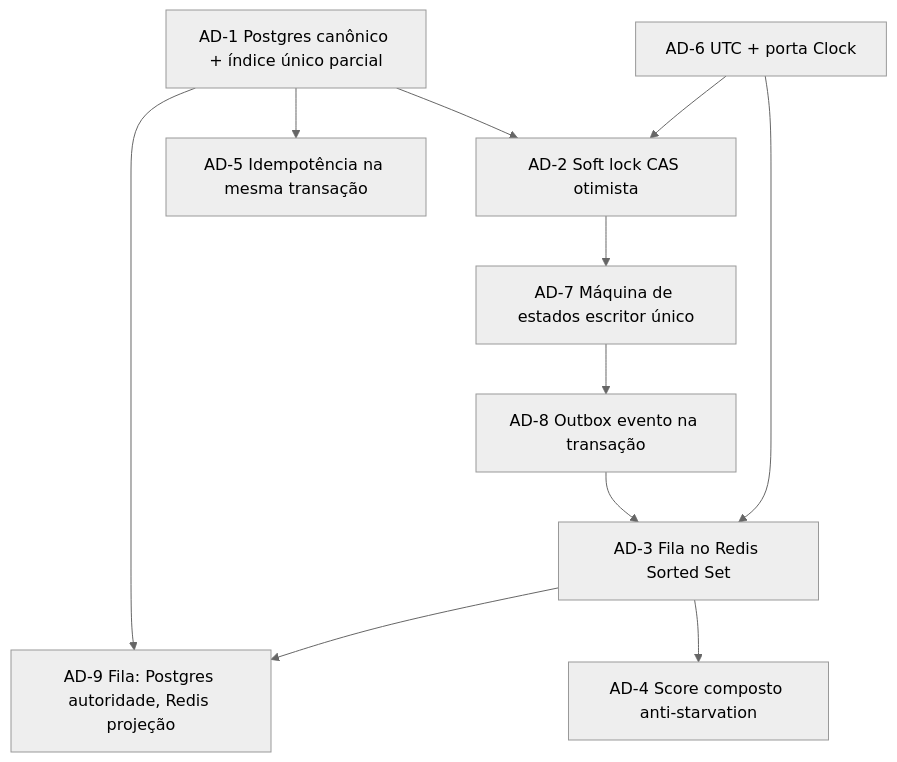
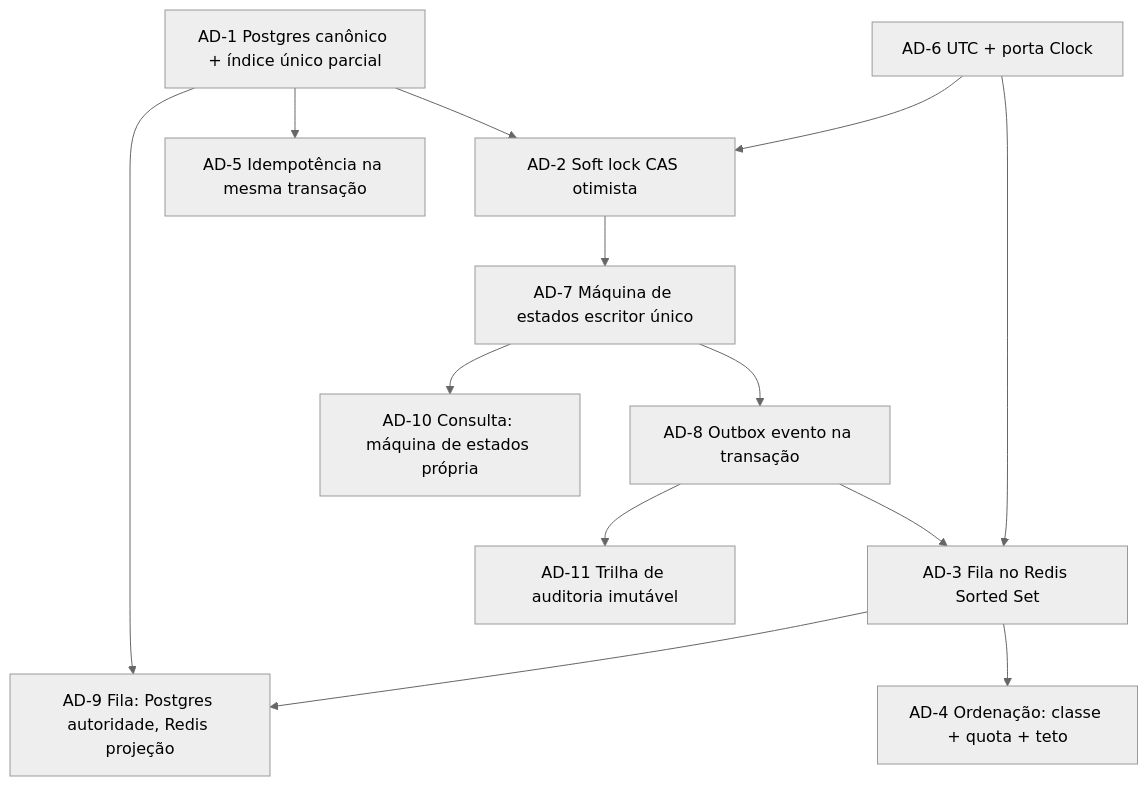
The diagram in _bmad-output/planning-artifacts/architecture/architecture-sdd-agendafacil-2026-09-01/SOLUTION-DESIGN.md (daniloar/sdd-agendafacil), drawn with Mermaid (neutral theme) before and after one commit. The commit also changed other lines of this file and 2 other files, not shown here.

First line of the commit message:
docs: reconcile AgendaFácil architecture spine with the PRD

````diff
--- a/_bmad-output/planning-artifacts/architecture/architecture-sdd-agendafacil-2026-09-01/SOLUTION-DESIGN.md
+++ b/_bmad-output/planning-artifacts/architecture/architecture-sdd-agendafacil-2026-09-01/SOLUTION-DESIGN.md
@@ -274,13 +280,15 @@
 ```mermaid
 graph TD
   AD1["AD-1 Postgres canônico + índice único parcial"] --> AD2["AD-2 Soft lock CAS otimista"]
   AD1 --> AD5["AD-5 Idempotência na mesma transação"]
   AD2 --> AD7["AD-7 Máquina de estados escritor único"]
   AD7 --> AD8["AD-8 Outbox evento na transação"]
   AD8 --> AD3["AD-3 Fila no Redis Sorted Set"]
-  AD3 --> AD4["AD-4 Score composto anti-starvation"]
+  AD3 --> AD4["AD-4 Ordenação: classe + quota + teto"]
   AD1 --> AD9["AD-9 Fila: Postgres autoridade, Redis projeção"]
   AD3 --> AD9
   AD6["AD-6 UTC + porta Clock"] --> AD2
   AD6 --> AD3
+  AD7 --> AD10["AD-10 Consulta: máquina de estados própria"]
+  AD8 --> AD11["AD-11 Trilha de auditoria imutável"]
 ```
````
